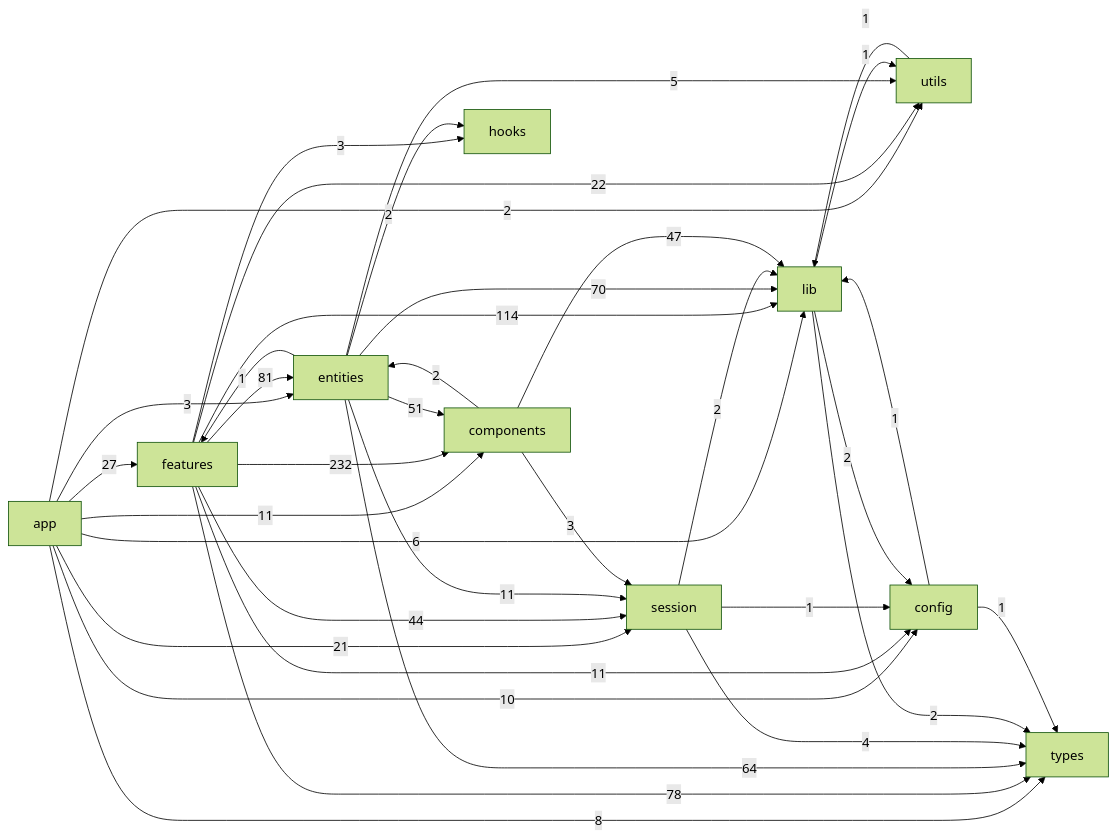
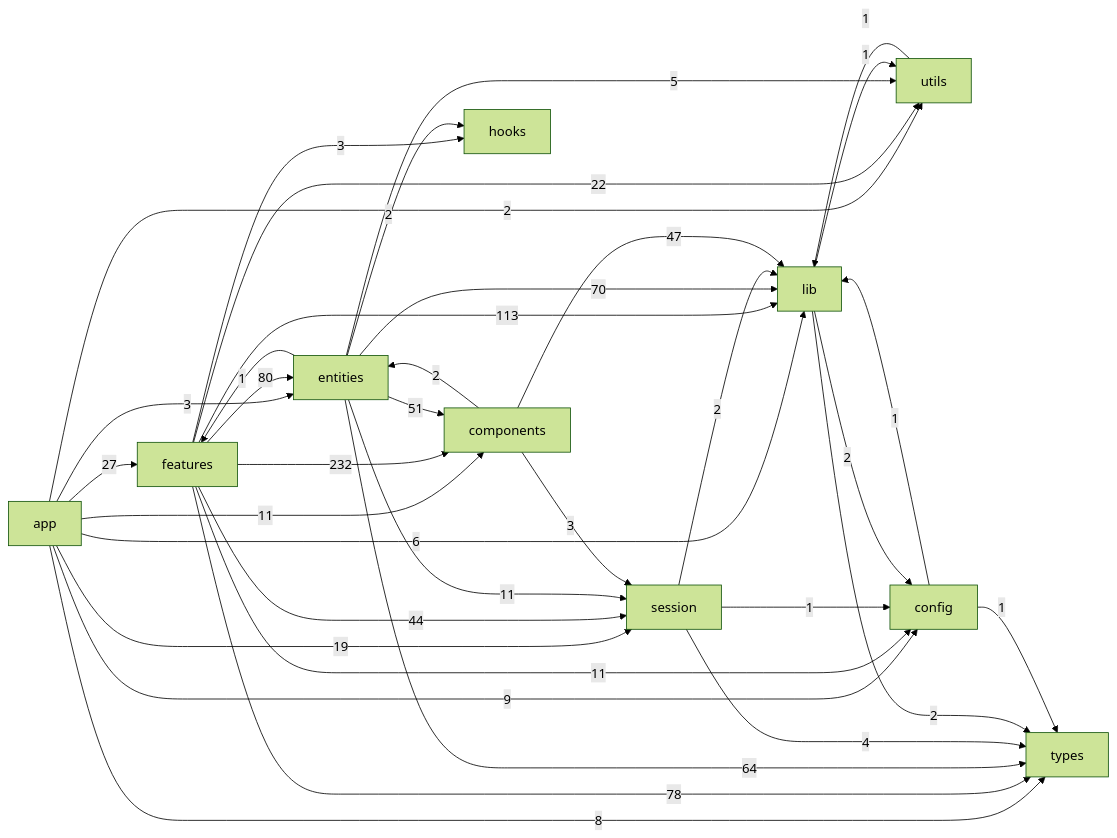
Before and after one commit to JohnnyZhao2/LMS: the diagram in lms_frontend/docs/generated/feature-dependency-graph.md, drawn with Mermaid (forest theme). The commit also changed other lines of this file and 2 other files, not shown here.

Commit message:
feat(deployment, user_management): 更新后端部署流程和用户管理逻辑 - 在 DEPLOY.md 中添加后端初始化数据的说明，明确首次上线时需执行 `init_data`。 - 在 UserManager 中引入默认学生角色的创建逻辑，确保新用户自动分配角色。 - 优化用户创建流程，确保在事务中处理用户和角色的保存，提高数据一致性。

````diff
--- a/lms_frontend/docs/generated/feature-dependency-graph.md
+++ b/lms_frontend/docs/generated/feature-dependency-graph.md
@@ -7,48 +7,48 @@
 ```mermaid
 flowchart LR
   app["app"]
   features["features"]
   entities["entities"]
   session["session"]
   components["components"]
   hooks["hooks"]
   lib["lib"]
   utils["utils"]
   config["config"]
   types["types"]
   app -->|27| features
   app -->|3| entities
-  app -->|21| session
+  app -->|19| session
   app -->|11| components
   app -->|6| lib
   app -->|2| utils
-  app -->|10| config
+  app -->|9| config
   app -->|8| types
-  features -->|81| entities
+  features -->|80| entities
   features -->|44| session
   features -->|232| components
   features -->|3| hooks
-  features -->|114| lib
+  features -->|113| lib
   features -->|22| utils
   features -->|11| config
   features -->|78| types
   entities -->|1| features
   entities -->|11| session
   entities -->|51| components
   entities -->|2| hooks
   entities -->|70| lib
   entities -->|5| utils
   entities -->|64| types
   session -->|2| lib
   session -->|1| config
   session -->|4| types
   components -->|2| entities
   components -->|3| session
   components -->|47| lib
   lib -->|1| utils
   lib -->|2| config
   lib -->|2| types
   utils -->|1| lib
   config -->|1| lib
   config -->|1| types
 ```
````
